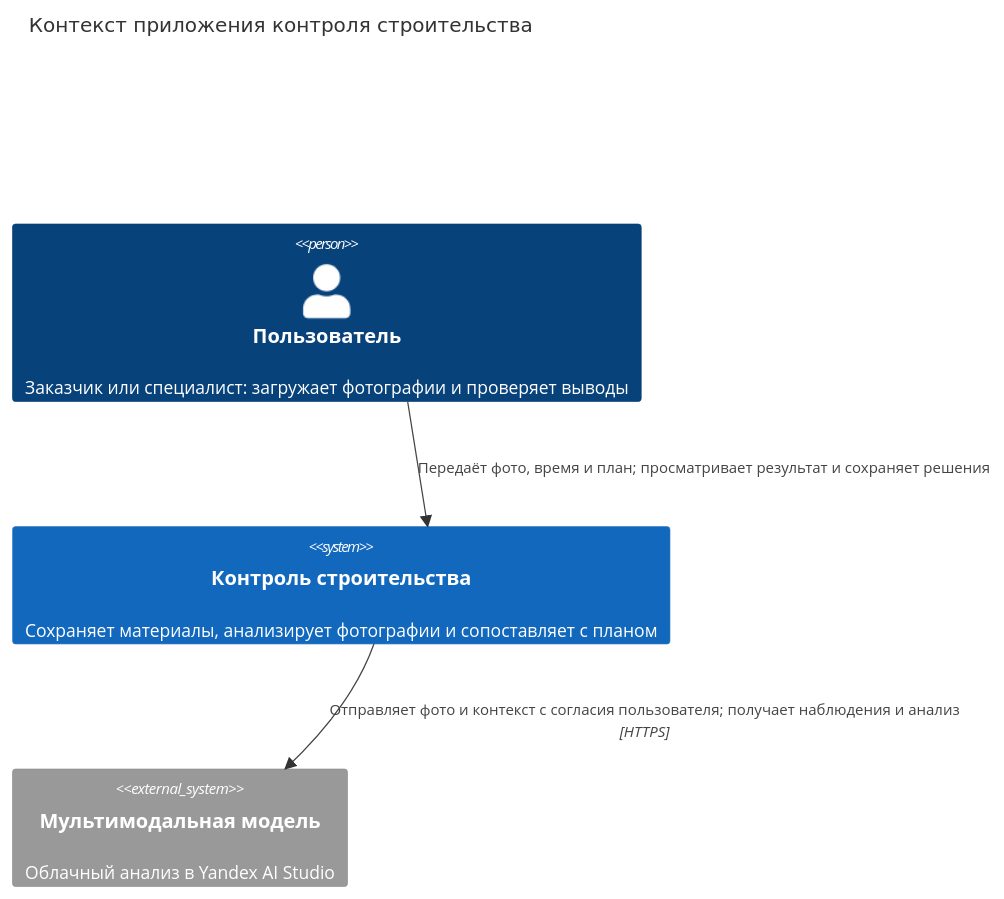
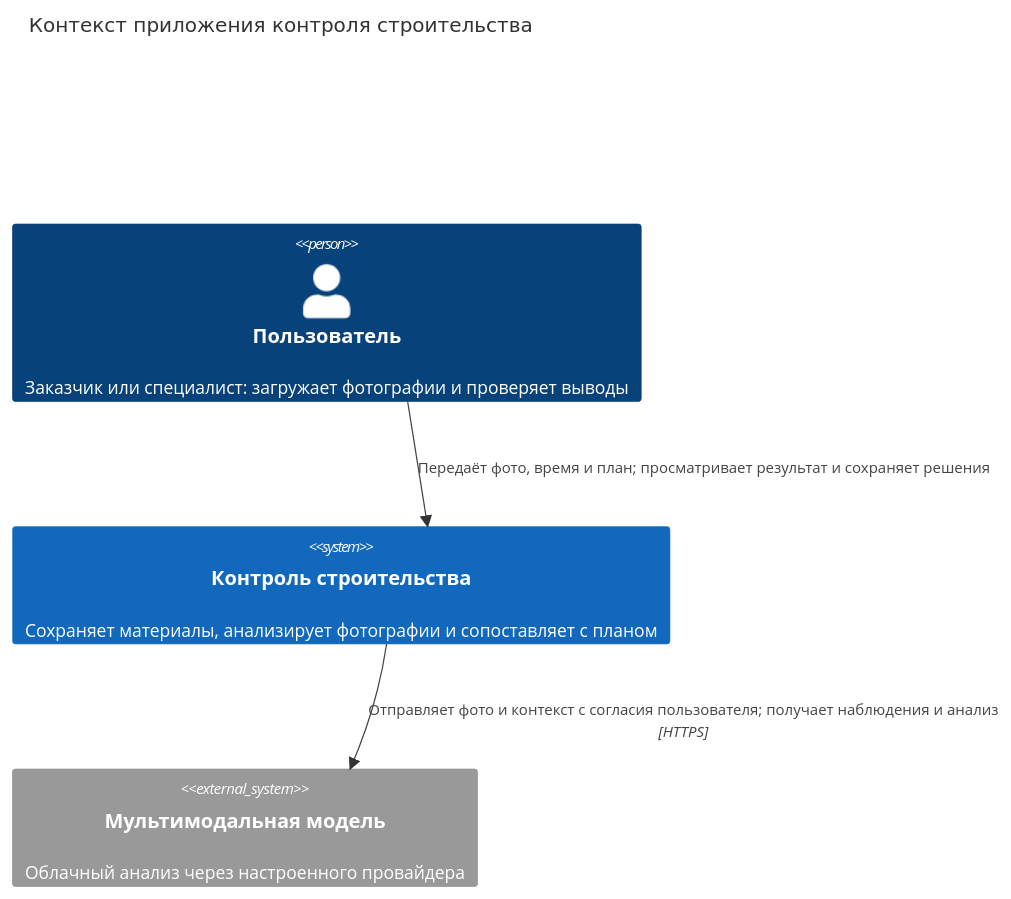
One commit to GorsheninNikolay/lzt-detecing-violations-system changed the first of 2 diagrams in docs/APPROACH.md. Above: the diagram before and after it, drawn with Mermaid. The commit also changed other lines of this file and 23 other files, not shown here.

````diff
--- a/docs/APPROACH.md
+++ b/docs/APPROACH.md
@@ -19,9 +19,9 @@
 ```mermaid
 C4Context
     title Контекст приложения контроля строительства
     Person(user, "Пользователь", "Заказчик или специалист: загружает фотографии и проверяет выводы")
     System(app, "Контроль строительства", "Сохраняет материалы, анализирует фотографии и сопоставляет с планом")
-    System_Ext(cloud, "Мультимодальная модель", "Облачный анализ в Yandex AI Studio")
+    System_Ext(cloud, "Мультимодальная модель", "Облачный анализ через настроенного провайдера")
     Rel(user, app, "Передаёт фото, время и план; просматривает результат и сохраняет решения")
     Rel(app, cloud, "Отправляет фото и контекст с согласия пользователя; получает наблюдения и анализ", "HTTPS")
 ```
````
